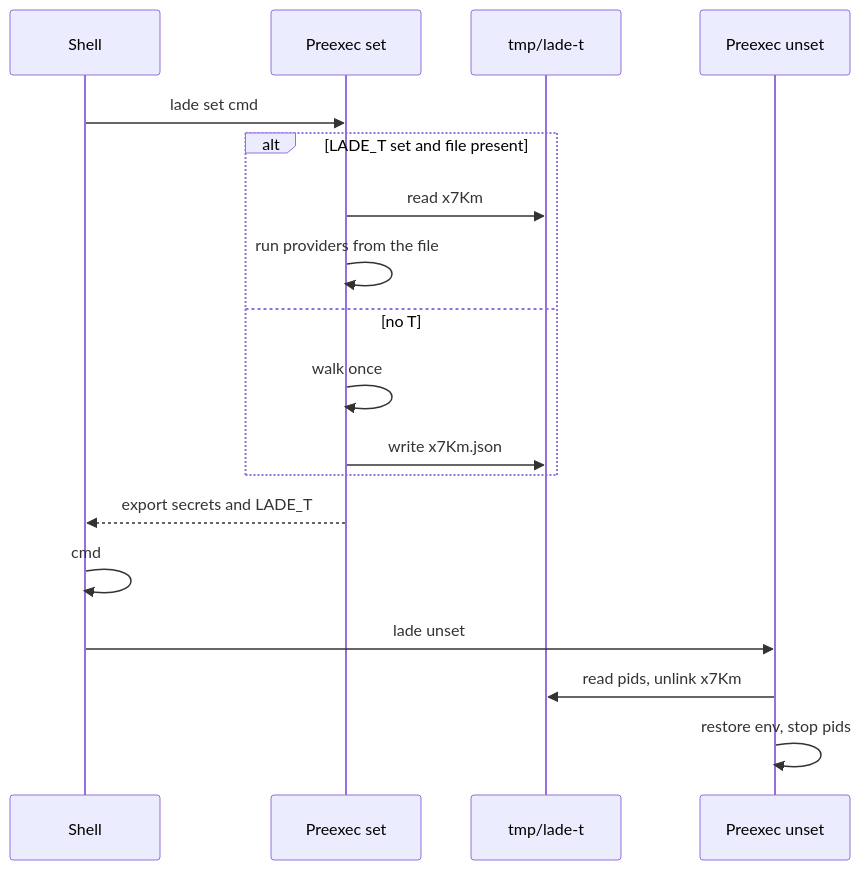
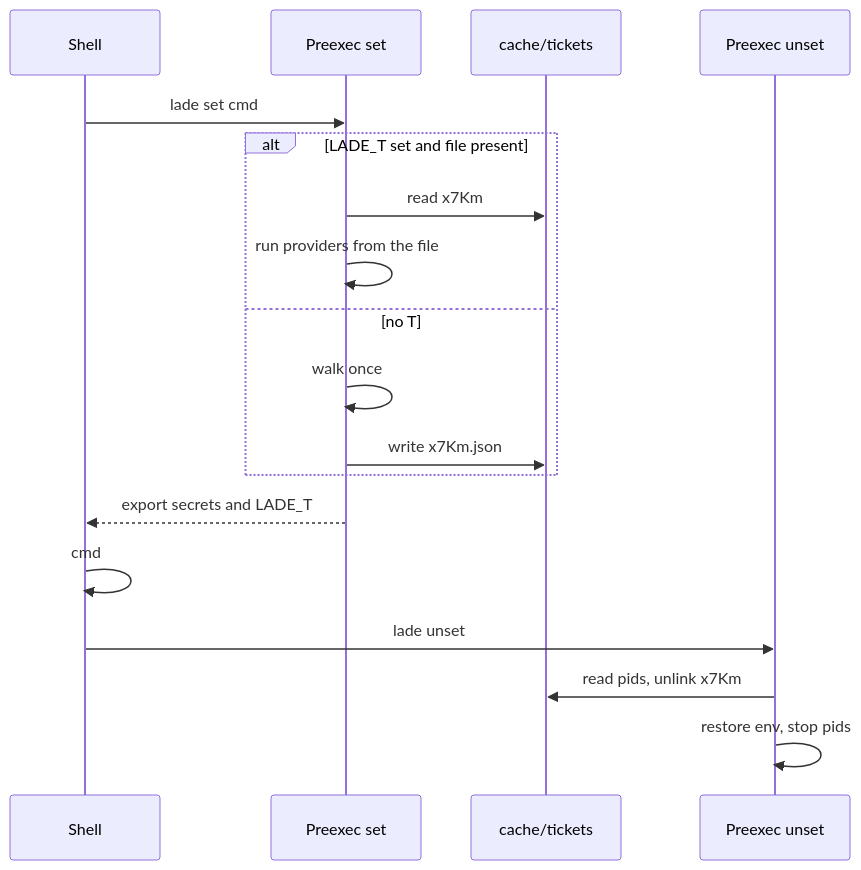
One commit to zifeo/lade changed the second of 2 diagrams in docs/protocol.md. Above: the diagram before and after it, drawn with Mermaid. The commit also changed other lines of this file and 355 other files, not shown here.

````diff
--- a/docs/protocol.md
+++ b/docs/protocol.md
@@ -80,21 +92,21 @@
 ```mermaid
 sequenceDiagram
     participant Shell
     participant Set as Preexec set
-    participant Tmp as tmp/lade-t
+    participant Tmp as cache/tickets
     participant Unset as Preexec unset
 
     Shell->>Set: lade set cmd
     alt LADE_T set and file present
         Set->>Tmp: read x7Km
         Set->>Set: run providers from the file
     else no T
         Set->>Set: walk once
         Set->>Tmp: write x7Km.json
     end
     Set-->>Shell: export secrets and LADE_T
     Shell->>Shell: cmd
     Shell->>Unset: lade unset
     Unset->>Tmp: read pids, unlink x7Km
     Unset->>Unset: restore env, stop pids
 ```
````
